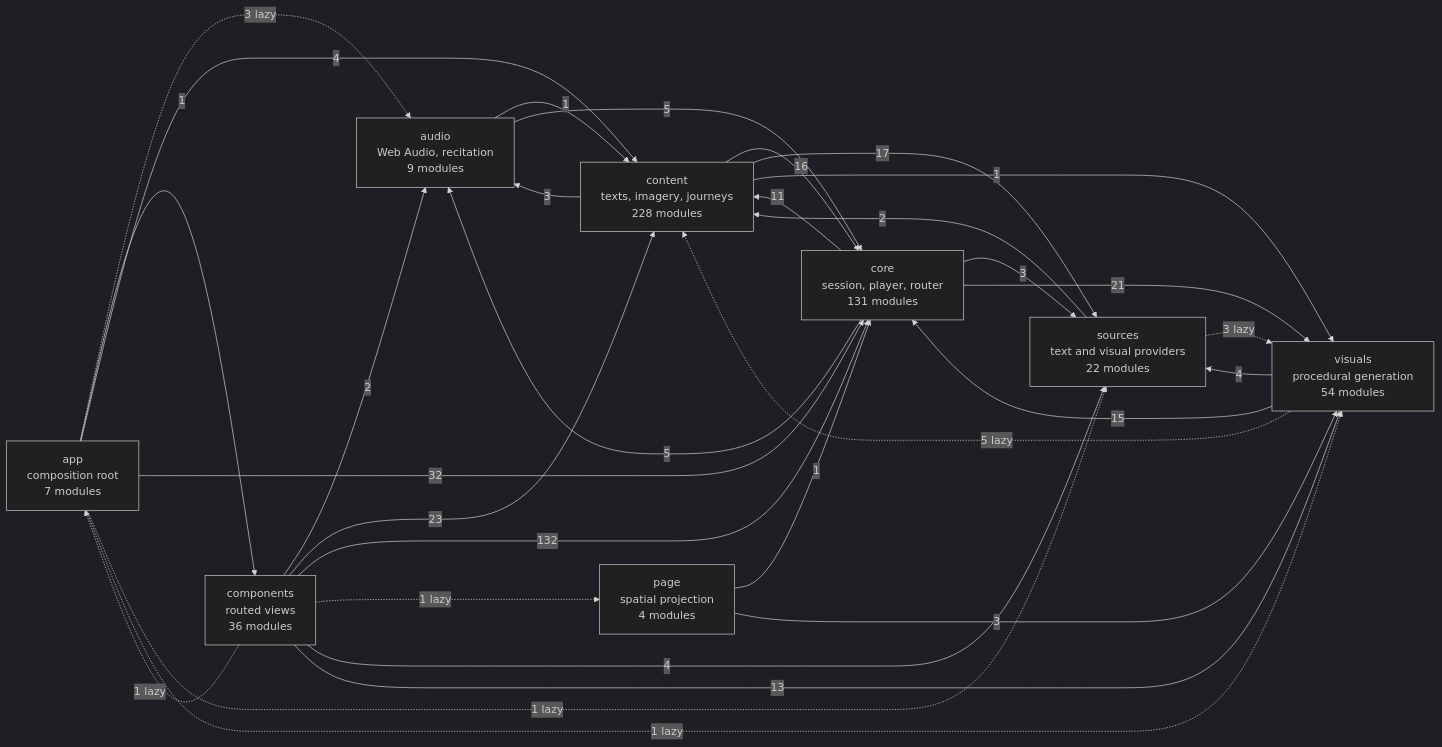
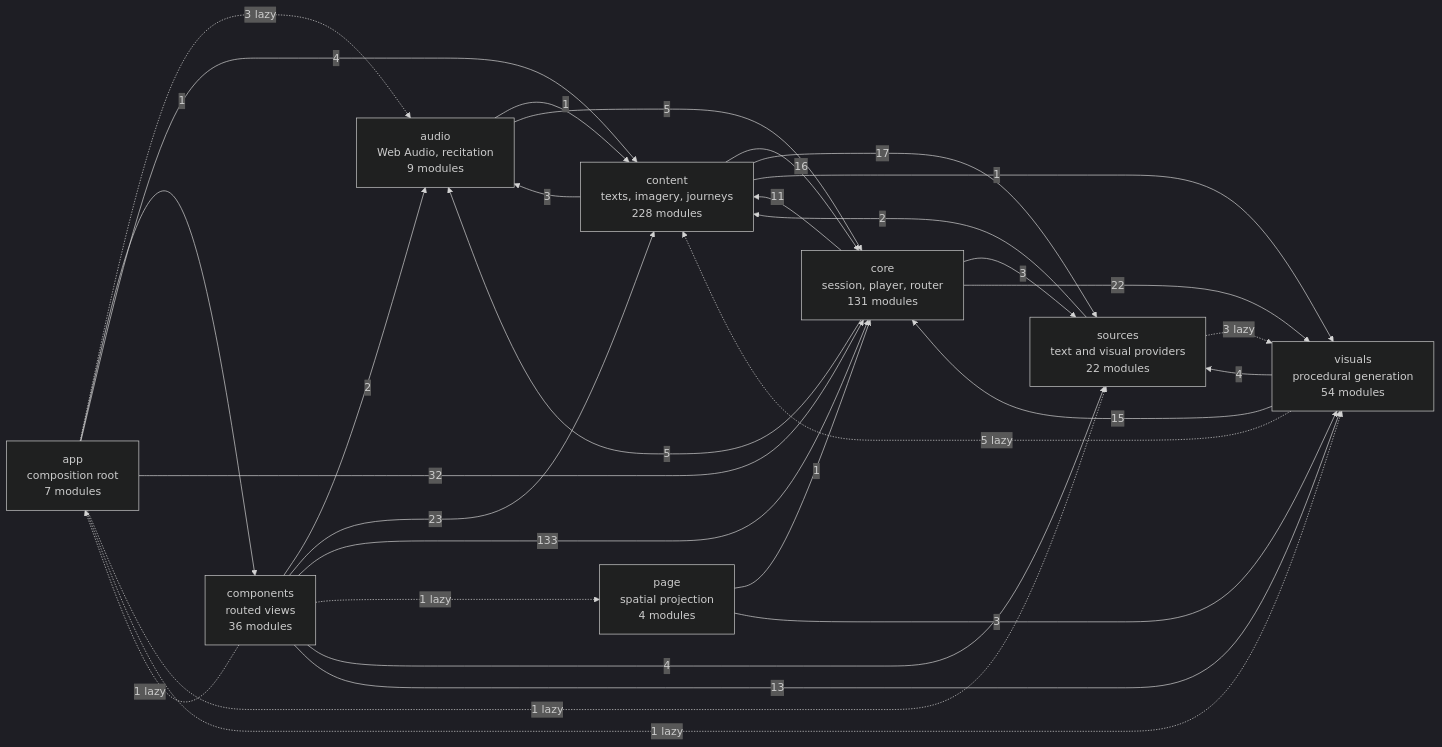
One commit to SyberLabs/RISE changed the diagram in docs/specs/ARCHITECTURE.md. Above: the diagram before and after it, drawn with Mermaid (dark theme). The commit also changed 24 other files, not shown here.

````diff
--- a/docs/specs/ARCHITECTURE.md
+++ b/docs/specs/ARCHITECTURE.md
@@ -160,42 +160,42 @@
 ```mermaid
 flowchart LR
     app["app<br/>composition root<br/>7 modules"]
     audio["audio<br/>Web Audio, recitation<br/>9 modules"]
     components["components<br/>routed views<br/>36 modules"]
     content["content<br/>texts, imagery, journeys<br/>228 modules"]
     core["core<br/>session, player, router<br/>131 modules"]
     page["page<br/>spatial projection<br/>4 modules"]
     sources["sources<br/>text and visual providers<br/>22 modules"]
     visuals["visuals<br/>procedural generation<br/>54 modules"]
 
     app -.-> |3 lazy| audio
     app --> |1| components
     app --> |4| content
     app --> |32| core
     app -.-> |1 lazy| sources
     app -.-> |1 lazy| visuals
     audio --> |1| content
     audio --> |5| core
     components -.-> |1 lazy| app
     components --> |2| audio
     components --> |23| content
-    components --> |132| core
+    components --> |133| core
     components -.-> |1 lazy| page
     components --> |4| sources
     components --> |13| visuals
     content --> |3| audio
     content --> |16| core
     content --> |17| sources
     content --> |1| visuals
     core --> |5| audio
     core --> |11| content
     core --> |3| sources
-    core --> |21| visuals
+    core --> |22| visuals
     page --> |1| core
     page --> |3| visuals
     sources --> |2| content
     sources -.-> |3 lazy| visuals
     visuals -.-> |5 lazy| content
     visuals --> |15| core
     visuals --> |4| sources
 ```
````
